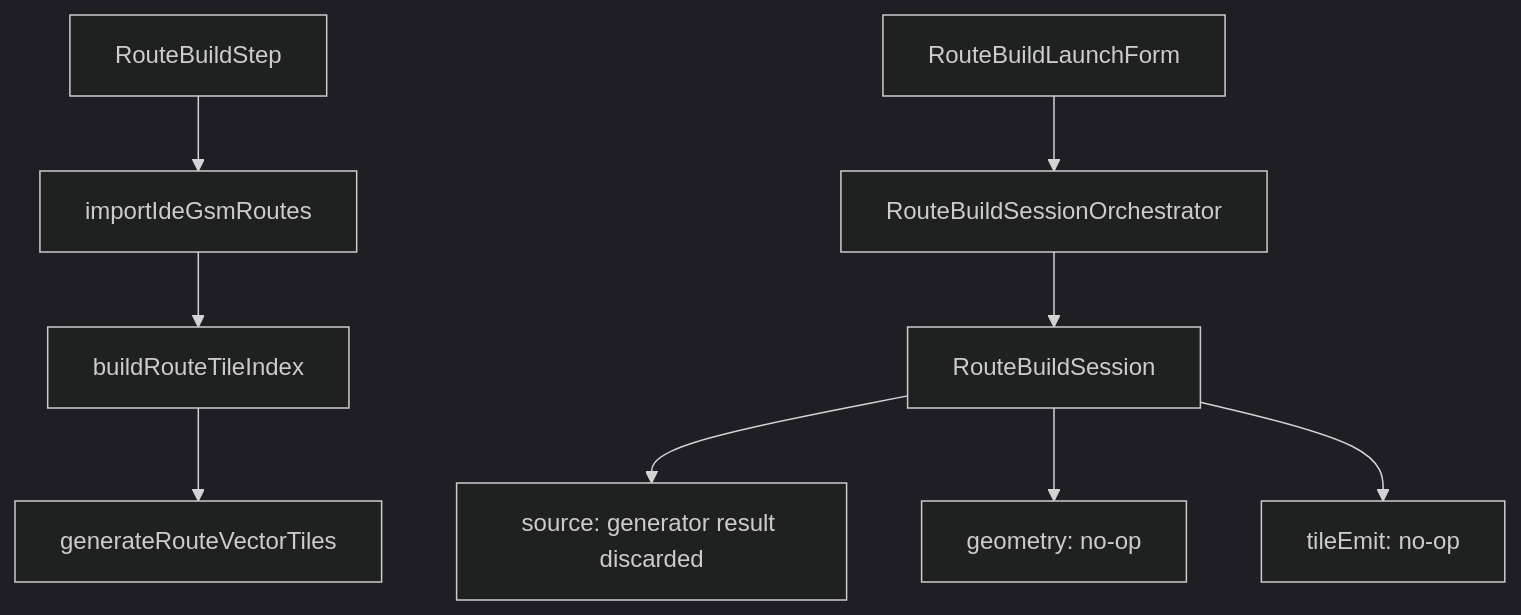
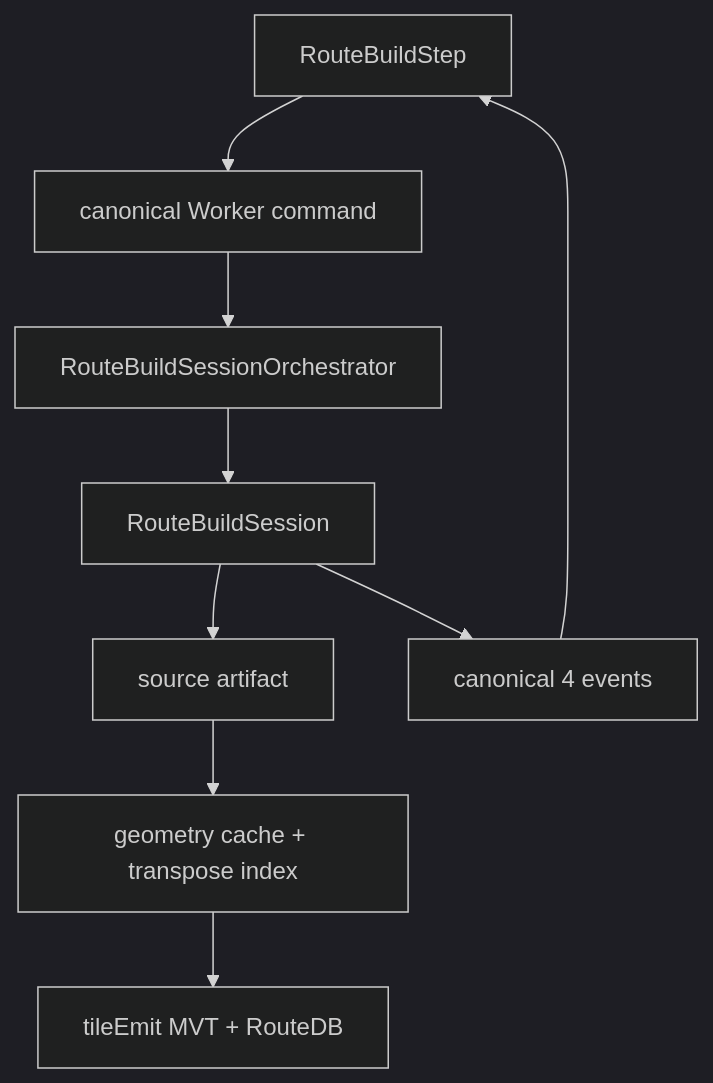
The fifth of 5 diagrams in plans/current-route-stage-flow.md (kubohiroya/hierarchidb), drawn with Mermaid (dark theme) before and after one commit. The commit also changed other lines of this file and 36 other files, not shown here.

Commit message:
feat(route-build): implement canonical tile emit flow

````diff
--- a/plans/current-route-stage-flow.md
+++ b/plans/current-route-stage-flow.md
@@ -95,14 +97,12 @@
 ```mermaid
 flowchart TD
   UI[RouteBuildStep]
-  UI --> DIRECT[importIdeGsmRoutes]
-  DIRECT --> INDEX[buildRouteTileIndex]
-  INDEX --> MVT[generateRouteVectorTiles]
-
-  FORM[RouteBuildLaunchForm]
-  FORM --> ORCH[RouteBuildSessionOrchestrator]
+  UI --> WORKER[canonical Worker command]
+  WORKER --> ORCH[RouteBuildSessionOrchestrator]
   ORCH --> SESSION[RouteBuildSession]
-  SESSION --> SOURCE[source: generator result discarded]
-  SESSION --> NOOP1[geometry: no-op]
-  SESSION --> NOOP2[tileEmit: no-op]
+  SESSION --> SOURCE[source artifact]
+  SOURCE --> GEOMETRY[geometry cache + transpose index]
+  GEOMETRY --> TILE[tileEmit MVT + RouteDB]
+  SESSION --> EVENTS[canonical 4 events]
+  EVENTS --> UI
 ```
````
